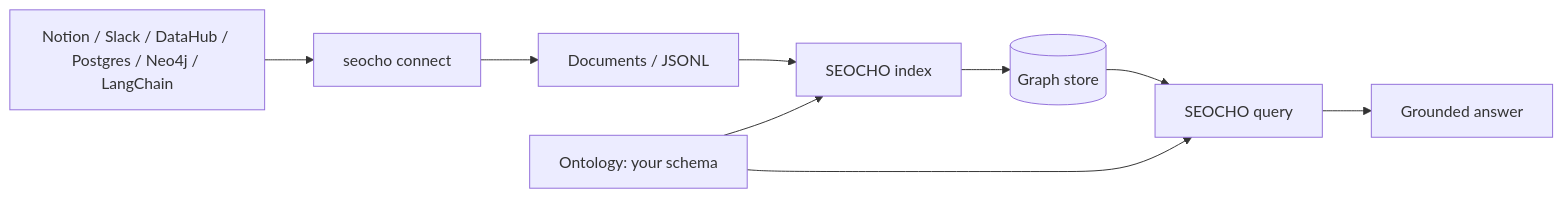
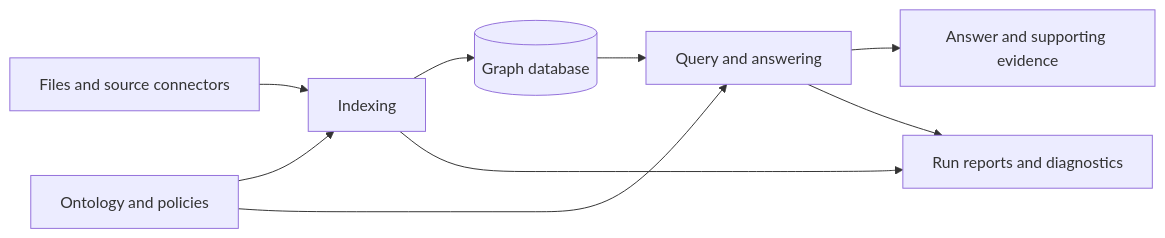
The diagram in README.md (tteon/seocho), drawn with Mermaid before and after one commit. The commit also changed other lines of this file and 22 other files, not shown here.

````diff
--- a/README.md
+++ b/README.md
@@ -27,11 +23,11 @@
 ```mermaid
 flowchart LR
-    T["Notion / Slack / DataHub / Postgres / Neo4j / LangChain"] --> C["seocho connect"]
-    C --> D["Documents / JSONL"]
-    D --> I["SEOCHO index"]
-    O["Ontology: your schema"] --> I
-    O --> Q["SEOCHO query"]
-    I --> G[("Graph store")]
+    D[Files and source connectors] --> I[Indexing]
+    O[Ontology and policies] --> I
+    I --> G[(Graph database)]
+    O --> Q[Query and answering]
     G --> Q
-    Q --> A["Grounded answer"]
+    Q --> A[Answer and supporting evidence]
+    I --> R[Run reports and diagnostics]
+    Q --> R
 ```
````
